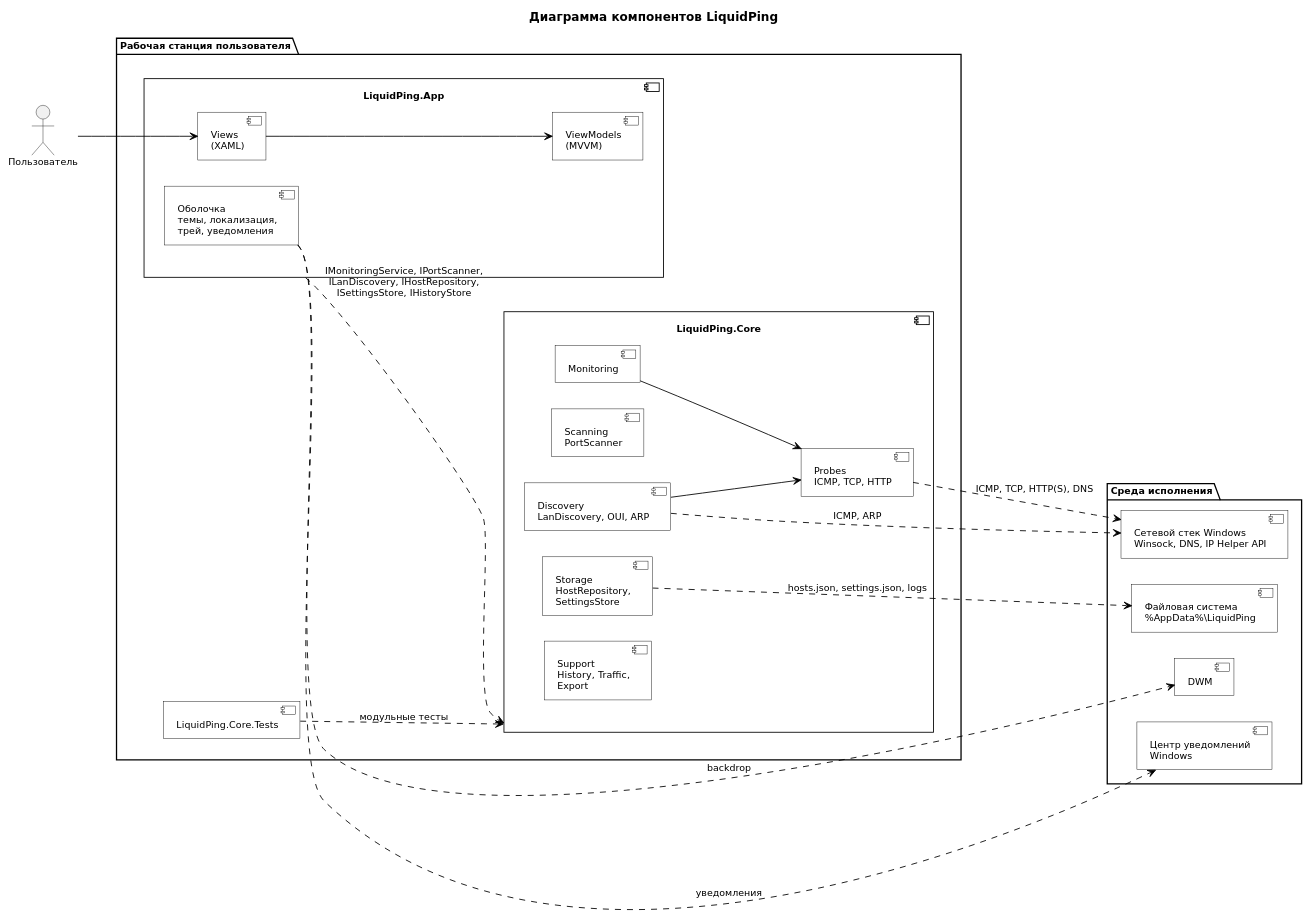
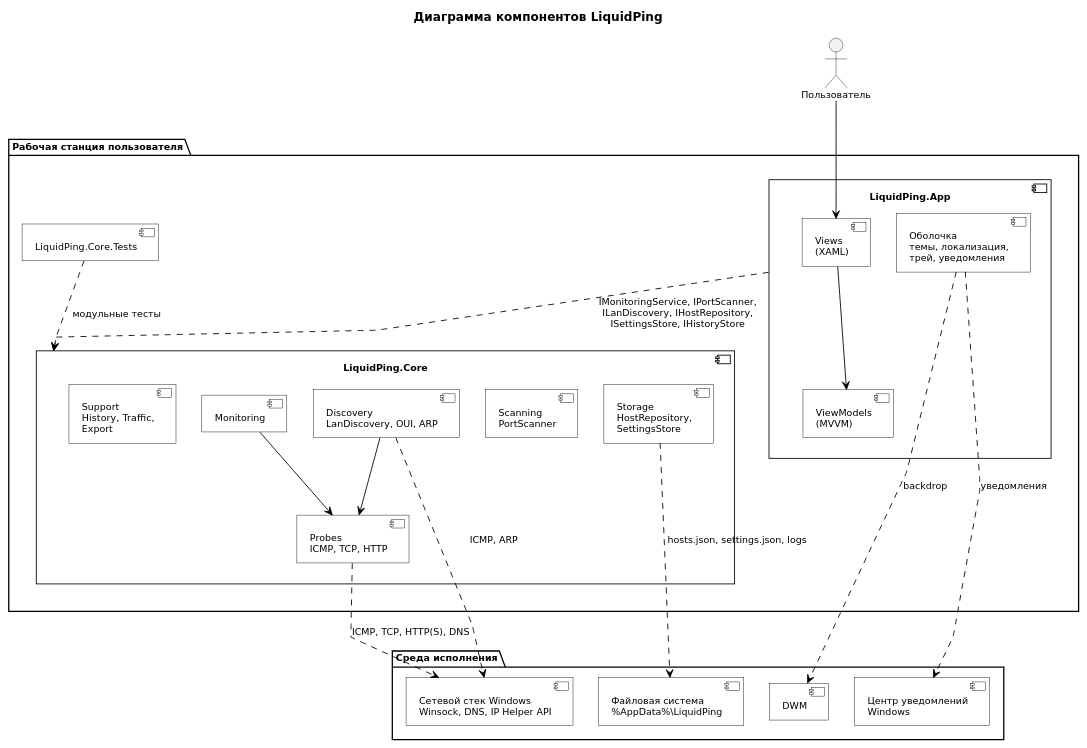
One commit to Levandovskii/liquid-ping changed the diagram in docs/uml/src/component-overview.puml. Above: the diagram before and after it, drawn with PlantUML. The commit also changed 15 other files, not shown here.

Commit message:
fix: diagrams 1

```diff
--- a/docs/uml/src/component-overview.puml
+++ b/docs/uml/src/component-overview.puml
@@ -1,66 +1,67 @@
 @startuml
 skinparam monochrome false
 skinparam shadowing false
 skinparam componentStyle uml2
 skinparam defaultFontName "DejaVu Sans"
 skinparam defaultFontSize 11
 skinparam nodesep 30
 skinparam ranksep 55
 skinparam ArrowColor #000000
 skinparam componentBackgroundColor #FFFFFF
 skinparam componentBorderColor #000000
 skinparam componentFontColor #000000
 skinparam packageBackgroundColor #FFFFFF
 skinparam packageBorderColor #000000
 skinparam noteBackgroundColor #FFFFFF
 skinparam noteBorderColor #000000
 skinparam roundCorner 0
+skinparam linetype polyline
 hide stereotype
 
-left to right direction
+top to bottom direction
 title Диаграмма компонентов LiquidPing
 
 package "Рабочая станция пользователя" {
 
   component "LiquidPing.App" as App {
     component "Views\n(XAML)" as Views
     component "ViewModels\n(MVVM)" as ViewModels
     component "Оболочка\nтемы, локализация,\nтрей, уведомления" as Shell
   }
 
   component "LiquidPing.Core" as Core {
     component "Monitoring" as Monitoring
     component "Probes\nICMP, TCP, HTTP" as Probes
     component "Scanning\nPortScanner" as Scanning
     component "Discovery\nLanDiscovery, OUI, ARP" as Discovery
     component "Storage\nHostRepository,\nSettingsStore" as Storage
     component "Support\nHistory, Traffic,\nExport" as Support
   }
 
   component "LiquidPing.Core.Tests" as Tests
 }
 
 package "Среда исполнения" {
-  component "Сетевой стек Windows\nWinsock, DNS, IP Helper API" as NetStack
   component "DWM" as Dwm
   component "Центр уведомлений\nWindows" as Toast
+  component "Сетевой стек Windows\nWinsock, DNS, IP Helper API" as NetStack
   component "Файловая система\n%AppData%\\LiquidPing" as FileSystem
 }
 
 actor "Пользователь" as User
 
 User --> Views
 Views --> ViewModels
 
 App ..> Core : IMonitoringService, IPortScanner,\nILanDiscovery, IHostRepository,\nISettingsStore, IHistoryStore
 
 Monitoring --> Probes
 Discovery --> Probes
 Storage ..> FileSystem : hosts.json, settings.json, logs
 Probes ..> NetStack : ICMP, TCP, HTTP(S), DNS
 Discovery ..> NetStack : ICMP, ARP
 Shell ..> Dwm : backdrop
 Shell ..> Toast : уведомления
 Tests ..> Core : модульные тесты
 
 @enduml
```
